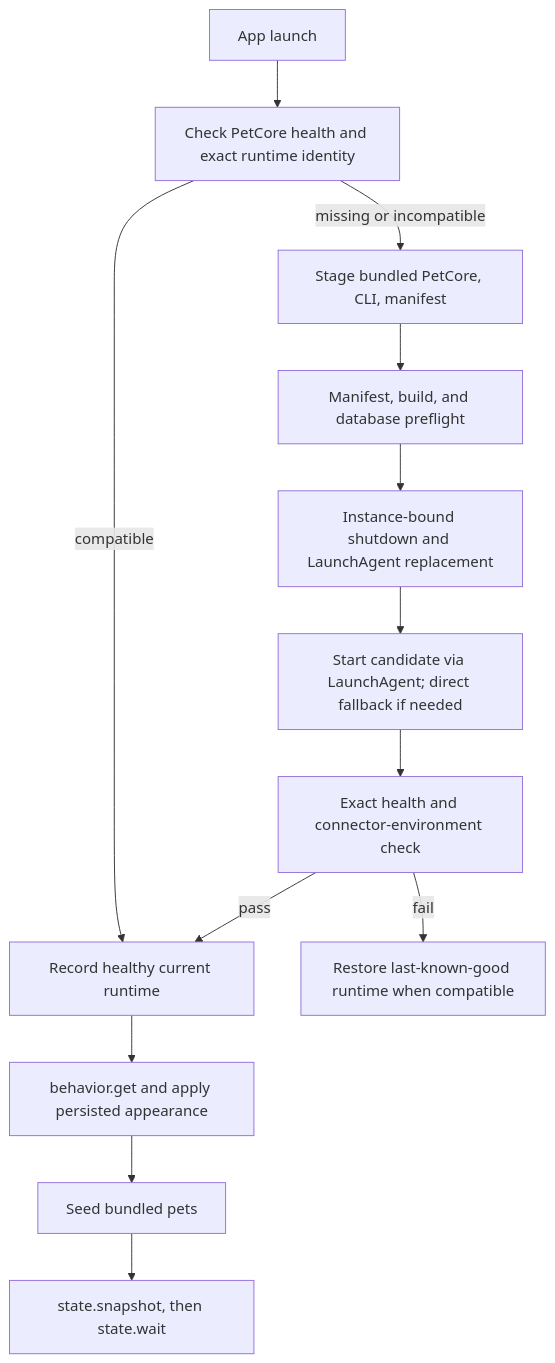
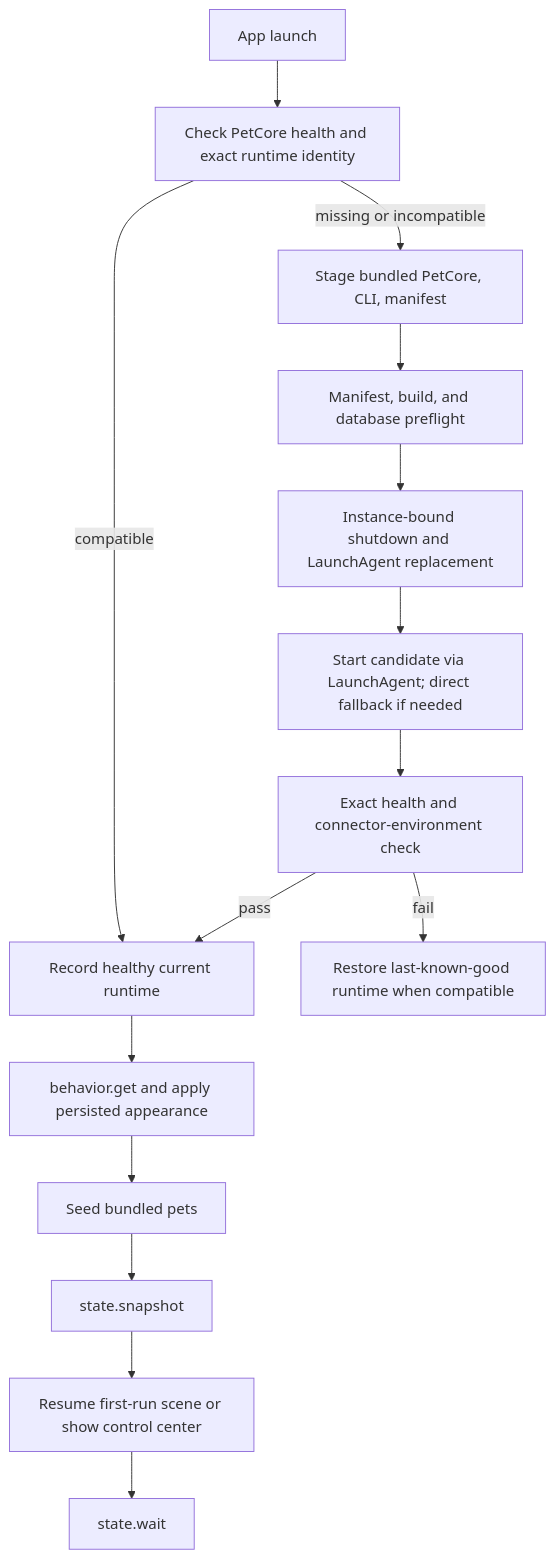
The diagram in docs/architecture/runtime-and-ipc.md (xjxtree/agent-pet-companion), drawn with Mermaid before and after one commit. The commit also changed other lines of this file and 99 other files, not shown here.

````diff
--- a/docs/architecture/runtime-and-ipc.md
+++ b/docs/architecture/runtime-and-ipc.md
@@ -22,15 +22,17 @@
 ```mermaid
 flowchart TD
     Launch["App launch"] --> Health["Check PetCore health and exact runtime identity"]
     Health -->|"compatible"| Commit["Record healthy current runtime"]
     Health -->|"missing or incompatible"| Stage["Stage bundled PetCore, CLI, manifest"]
     Stage --> Preflight["Manifest, build, and database preflight"]
     Preflight --> Stop["Instance-bound shutdown and LaunchAgent replacement"]
     Stop --> Start["Start candidate via LaunchAgent; direct fallback if needed"]
     Start --> Exact["Exact health and connector-environment check"]
     Exact -->|"pass"| Commit
     Exact -->|"fail"| Rollback["Restore last-known-good runtime when compatible"]
     Commit --> Appearance["behavior.get and apply persisted appearance"]
     Appearance --> Seed["Seed bundled pets"]
-    Seed --> Snapshot["state.snapshot, then state.wait"]
+    Seed --> Snapshot["state.snapshot"]
+    Snapshot --> FirstRun["Resume first-run scene or show control center"]
+    FirstRun --> Wait["state.wait"]
 ```
````
